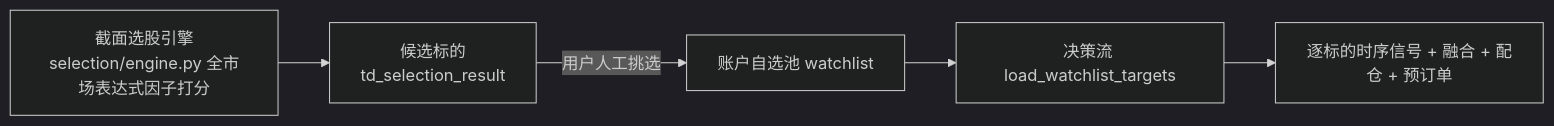
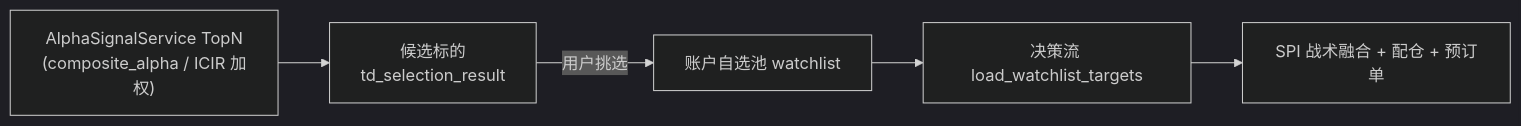
The fifth of 8 diagrams in docs/trading-system-design.md (bitiany/xq-trader), drawn with Mermaid (dark theme) before and after one commit. The commit also changed other lines of this file and 58 other files, not shown here.

First line of the commit message:
feat(stock): 个股诊股六模块 schema v2 与前端展示优化

````diff
--- a/docs/trading-system-design.md
+++ b/docs/trading-system-design.md
@@ -166,7 +166,7 @@
 ```mermaid
 flowchart LR
-    A[截面选股引擎<br/>selection/engine.py 全市场表达式因子打分] --> B[候选标的<br/>td_selection_result]
-    B -->|用户人工挑选| C[账户自选池 watchlist]
+    A["AlphaSignalService TopN<br/>(composite_alpha / ICIR 加权)"] --> B[候选标的<br/>td_selection_result]
+    B -->|用户挑选| C[账户自选池 watchlist]
     C --> D[决策流 load_watchlist_targets]
-    D --> E[逐标的时序信号 + 融合 + 配仓 + 预订单]
+    D --> E["SPI 战术融合 + 配仓 + 预订单"]
 ```
````
